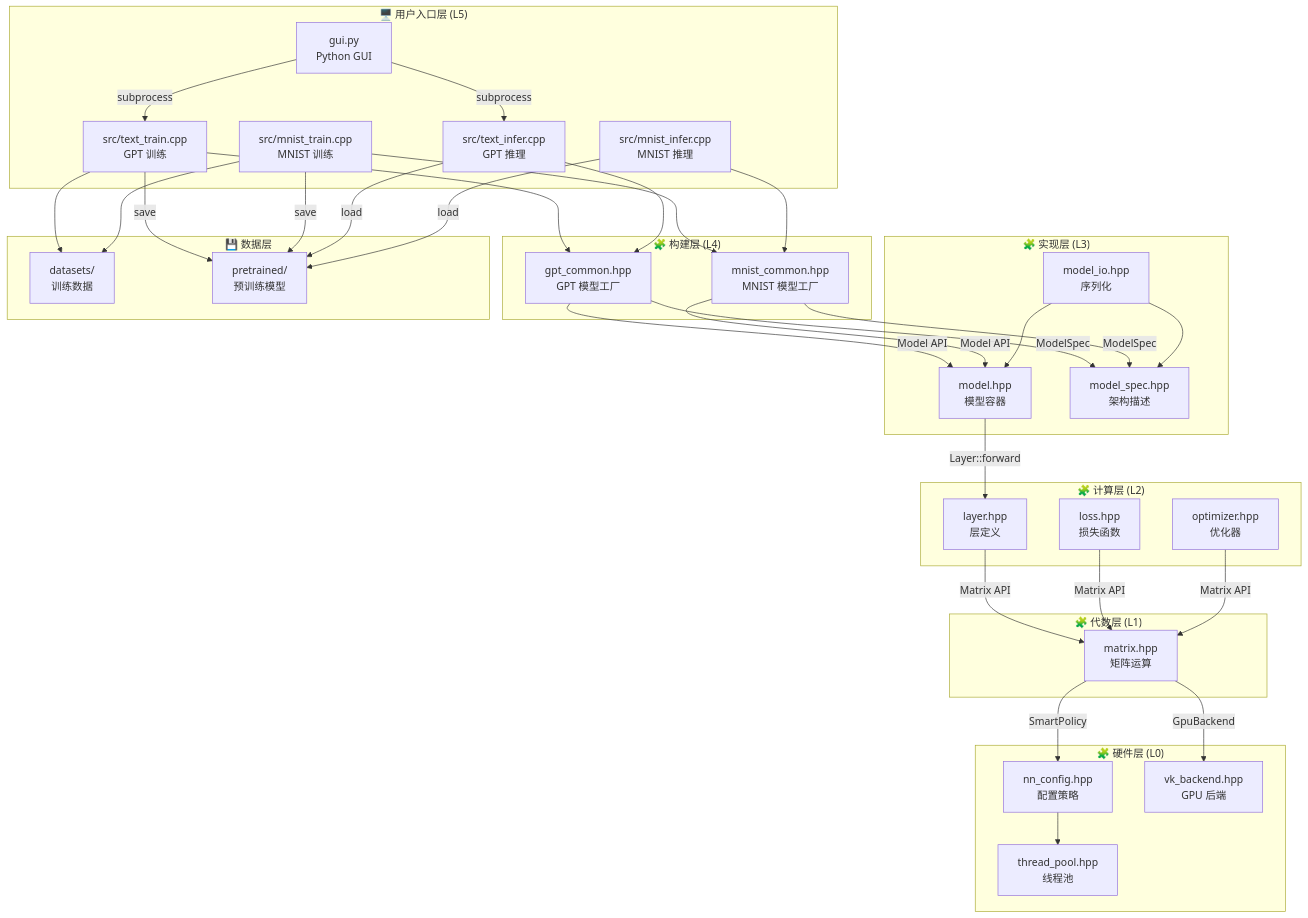
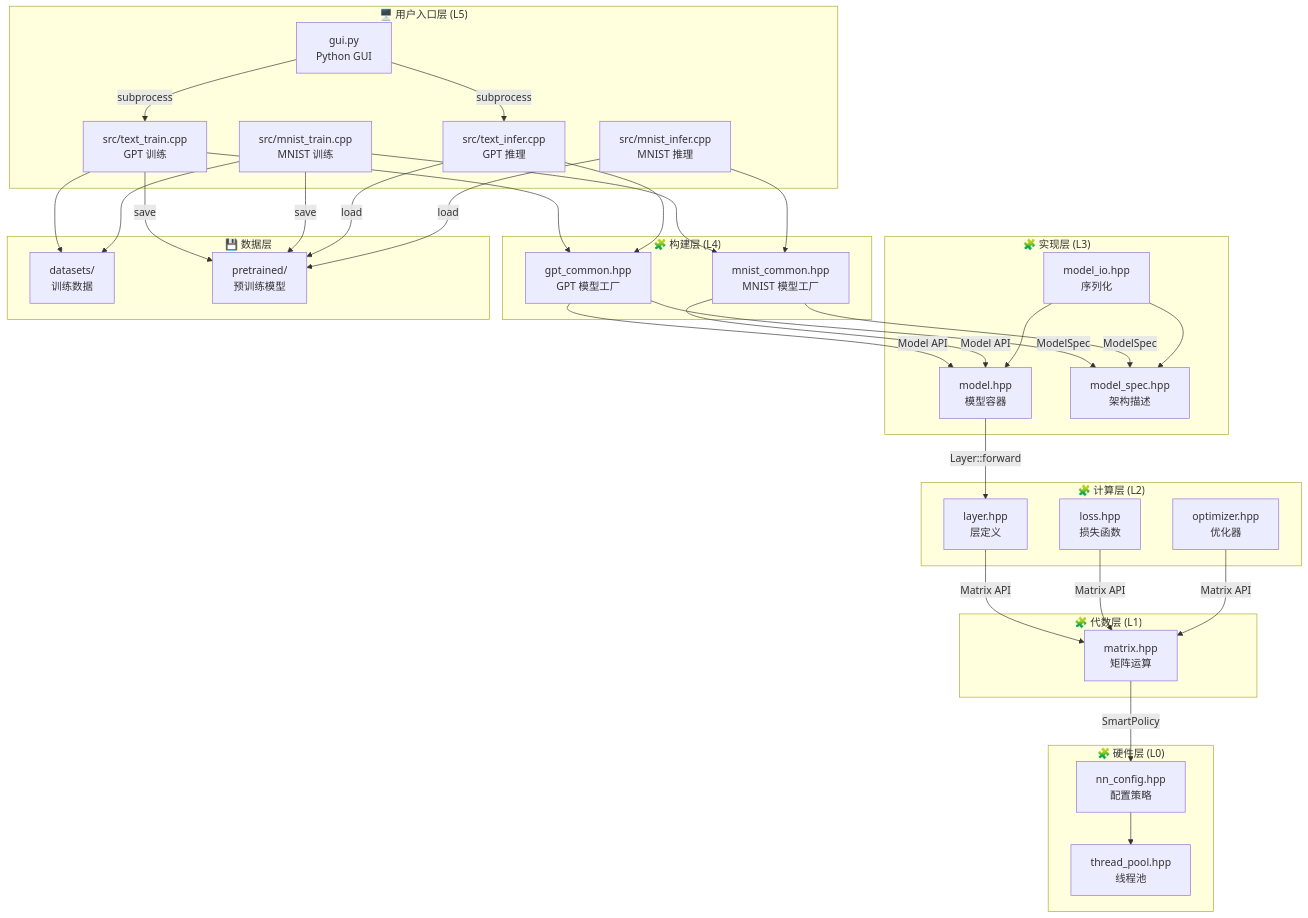
One commit to EthanPeng-2048/neuralnet.cpp changed the first of 13 diagrams in docs/ARCHITECTURE.md. Above: the diagram before and after it, drawn with Mermaid. The commit also changed other lines of this file and 31 other files, not shown here.

````diff
--- a/docs/ARCHITECTURE.md
+++ b/docs/ARCHITECTURE.md
@@ -9,67 +9,65 @@
 ```mermaid
 graph TB
     subgraph "🖥️ 用户入口层 (L5)"
         A["gui.py<br/>Python GUI"]
         B["src/text_train.cpp<br/>GPT 训练"]
         C["src/text_infer.cpp<br/>GPT 推理"]
         B2["src/mnist_train.cpp<br/>MNIST 训练"]
         C2["src/mnist_infer.cpp<br/>MNIST 推理"]
     end
 
     subgraph "🧩 构建层 (L4)"
         GPT["gpt_common.hpp<br/>GPT 模型工厂"]
         MNIST["mnist_common.hpp<br/>MNIST 模型工厂"]
     end
 
     subgraph "🧩 实现层 (L3)"
         E["model.hpp<br/>模型容器"]
         J["model_io.hpp<br/>序列化"]
         MS["model_spec.hpp<br/>架构描述"]
     end
 
     subgraph "🧩 计算层 (L2)"
         F["layer.hpp<br/>层定义"]
         G["loss.hpp<br/>损失函数"]
         H["optimizer.hpp<br/>优化器"]
     end
 
     subgraph "🧩 代数层 (L1)"
         I["matrix.hpp<br/>矩阵运算"]
     end
 
     subgraph "🧩 硬件层 (L0)"
         K["nn_config.hpp<br/>配置策略"]
         L["thread_pool.hpp<br/>线程池"]
-        VK["vk_backend.hpp<br/>GPU 后端"]
     end
 
     subgraph "💾 数据层"
         M["datasets/<br/>训练数据"]
         N["pretrained/<br/>预训练模型"]
     end
 
     A -->|"subprocess"| B & C
     B --> GPT
     C --> GPT
     B2 --> MNIST
     C2 --> MNIST
     GPT -->|"Model API"| E
     MNIST -->|"Model API"| E
     GPT -->|"ModelSpec"| MS
     MNIST -->|"ModelSpec"| MS
     E -->|"Layer::forward"| F
     J --> E
     J --> MS
     F -->|"Matrix API"| I
     G -->|"Matrix API"| I
     H -->|"Matrix API"| I
     I -->|"SmartPolicy"| K
-    I -->|"GpuBackend"| VK
     K --> L
     B --> M
     B2 --> M
     B -->|"save"| N
     B2 -->|"save"| N
     C -->|"load"| N
     C2 -->|"load"| N
 ```
````
